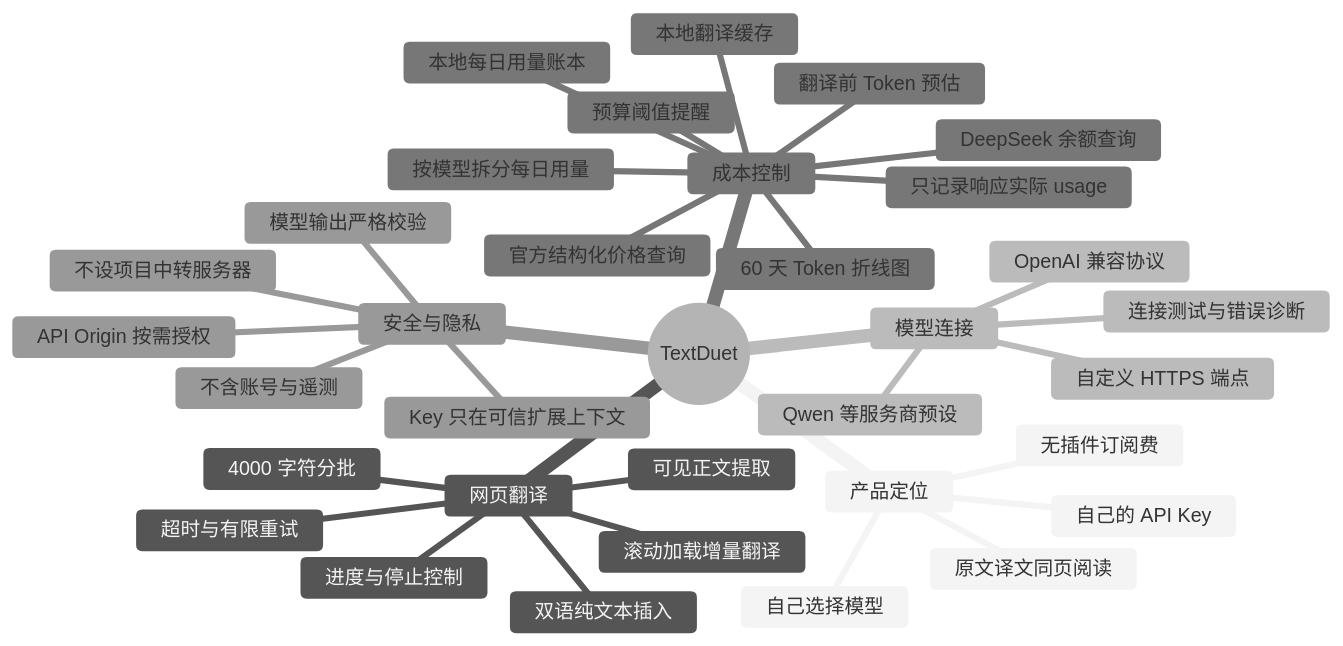
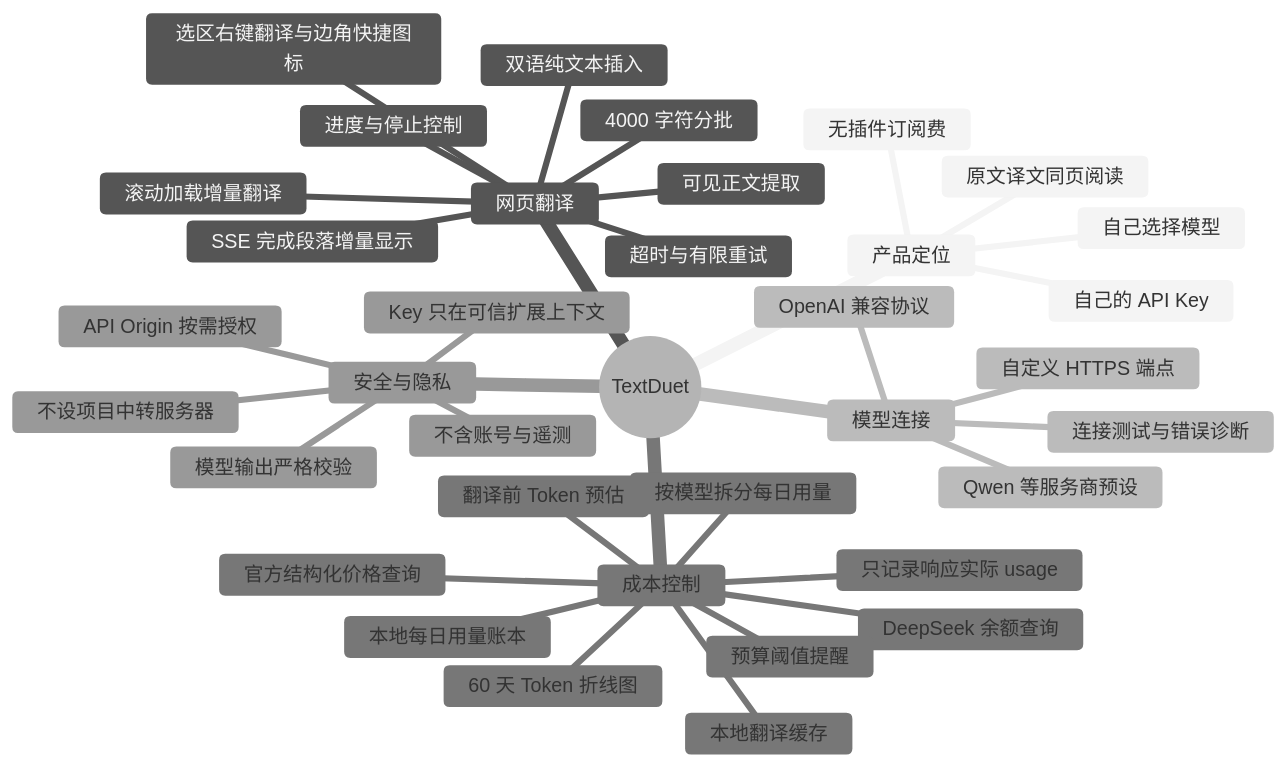
One commit to frealcat/TextDuet changed the first of 2 diagrams in README.md. Above: the diagram before and after it, drawn with Mermaid (neutral theme). The commit also changed other lines of this file and 51 other files, not shown here.

````diff
--- a/README.md
+++ b/README.md
@@ -13,37 +13,39 @@
 ```mermaid
 mindmap
   root((TextDuet))
     产品定位
       自己的 API Key
       自己选择模型
       原文译文同页阅读
       无插件订阅费
     网页翻译
       可见正文提取
       4000 字符分批
       双语纯文本插入
       滚动加载增量翻译
       进度与停止控制
+      SSE 完成段落增量显示
+      选区右键翻译与边角快捷图标
       超时与有限重试
     模型连接
       OpenAI 兼容协议
       Qwen 等服务商预设
       自定义 HTTPS 端点
       连接测试与错误诊断
     成本控制
       翻译前 Token 预估
       只记录响应实际 usage
       60 天 Token 折线图
       按模型拆分每日用量
       DeepSeek 余额查询
       官方结构化价格查询
       本地每日用量账本
       预算阈值提醒
       本地翻译缓存
     安全与隐私
       Key 只在可信扩展上下文
       API Origin 按需授权
       模型输出严格校验
       不含账号与遥测
       不设项目中转服务器
 ```
````
